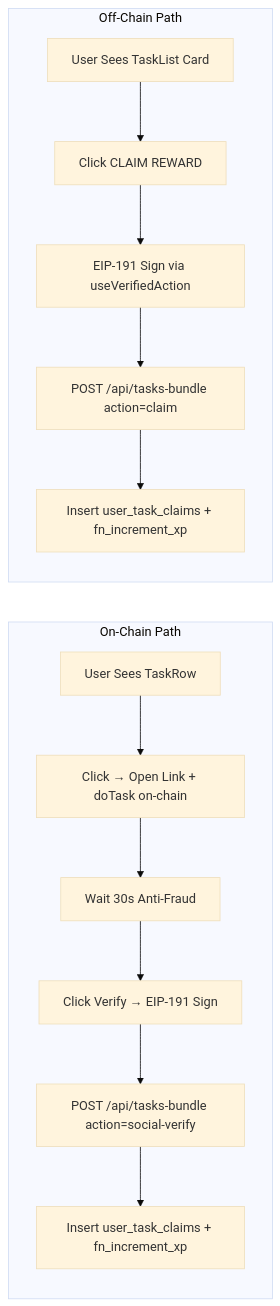
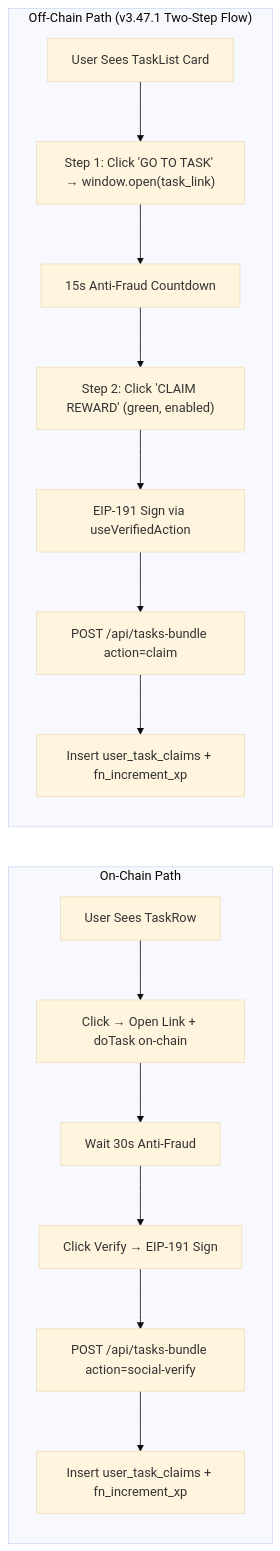
The second of 8 diagrams in PRD/TASK_FEATURE_WORKFLOW.md (cryptodiscolab/Crypto_Discovery_App), drawn with Mermaid (base theme) before and after one commit. The commit also changed other lines of this file and 4 other files, not shown here.

````diff
--- a/PRD/TASK_FEATURE_WORKFLOW.md
+++ b/PRD/TASK_FEATURE_WORKFLOW.md
@@ -111,17 +111,19 @@
 ```mermaid
 flowchart LR
     subgraph "On-Chain Path"
         A1[User Sees TaskRow] --> A2[Click → Open Link + doTask on-chain]
         A2 --> A3[Wait 30s Anti-Fraud]
         A3 --> A4[Click Verify → EIP-191 Sign]
         A4 --> A5[POST /api/tasks-bundle action=social-verify]
         A5 --> A6[Insert user_task_claims + fn_increment_xp]
     end
 
-    subgraph "Off-Chain Path"
-        B1[User Sees TaskList Card] --> B2[Click CLAIM REWARD]
-        B2 --> B3[EIP-191 Sign via useVerifiedAction]
-        B3 --> B4[POST /api/tasks-bundle action=claim]
-        B4 --> B5[Insert user_task_claims + fn_increment_xp]
+    subgraph "Off-Chain Path (v3.47.1 Two-Step Flow)"
+        B1[User Sees TaskList Card] --> B2["Step 1: Click 'GO TO TASK' → window.open(task_link)"]
+        B2 --> B3[15s Anti-Fraud Countdown]
+        B3 --> B4["Step 2: Click 'CLAIM REWARD' (green, enabled)"]
+        B4 --> B5[EIP-191 Sign via useVerifiedAction]
+        B5 --> B6[POST /api/tasks-bundle action=claim]
+        B6 --> B7[Insert user_task_claims + fn_increment_xp]
     end
 ```
````
